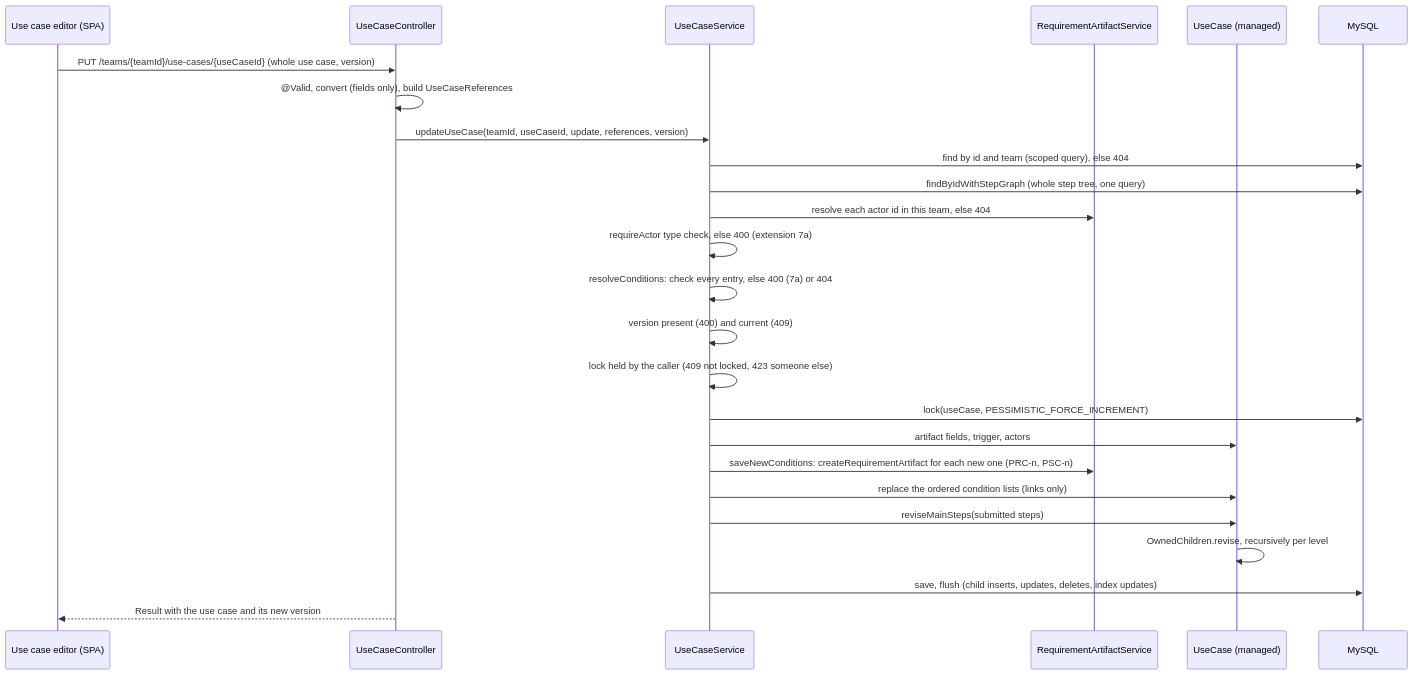
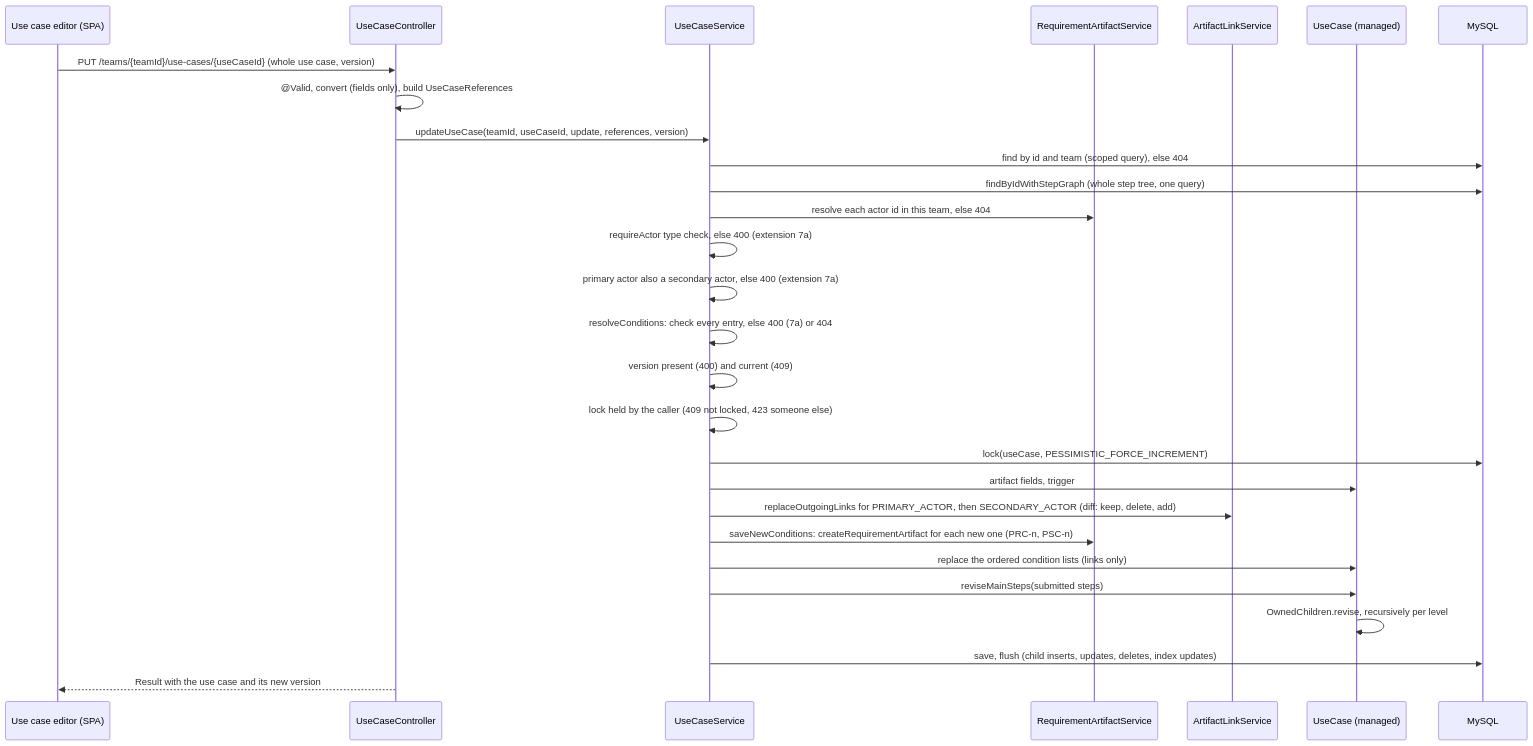
Before and after one commit to Washingtonwei/project-pulse: the third of 8 diagrams in docs/design/doc.md, drawn with Mermaid. The commit also changed other lines of this file and 3 other files, not shown here.

First line of the commit message:
Design use case actors as artifact links

````diff
--- a/docs/design/doc.md
+++ b/docs/design/doc.md
@@ -172,27 +184,30 @@
 ```mermaid
 sequenceDiagram
     participant E as Use case editor (SPA)
     participant C as UseCaseController
     participant S as UseCaseService
     participant R as RequirementArtifactService
+    participant L as ArtifactLinkService
     participant U as UseCase (managed)
     participant DB as MySQL
     E->>C: PUT /teams/{teamId}/use-cases/{useCaseId} (whole use case, version)
     C->>C: @Valid, convert (fields only), build UseCaseReferences
     C->>S: updateUseCase(teamId, useCaseId, update, references, version)
     S->>DB: find by id and team (scoped query), else 404
     S->>DB: findByIdWithStepGraph (whole step tree, one query)
     S->>R: resolve each actor id in this team, else 404
     S->>S: requireActor type check, else 400 (extension 7a)
+    S->>S: primary actor also a secondary actor, else 400 (extension 7a)
     S->>S: resolveConditions: check every entry, else 400 (7a) or 404
     S->>S: version present (400) and current (409)
     S->>S: lock held by the caller (409 not locked, 423 someone else)
     S->>DB: lock(useCase, PESSIMISTIC_FORCE_INCREMENT)
-    S->>U: artifact fields, trigger, actors
+    S->>U: artifact fields, trigger
+    S->>L: replaceOutgoingLinks for PRIMARY_ACTOR, then SECONDARY_ACTOR (diff: keep, delete, add)
     S->>R: saveNewConditions: createRequirementArtifact for each new one (PRC-n, PSC-n)
     S->>U: replace the ordered condition lists (links only)
     S->>U: reviseMainSteps(submitted steps)
     U->>U: OwnedChildren.revise, recursively per level
     S->>DB: save, flush (child inserts, updates, deletes, index updates)
     C-->>E: Result with the use case and its new version
 ```
````
